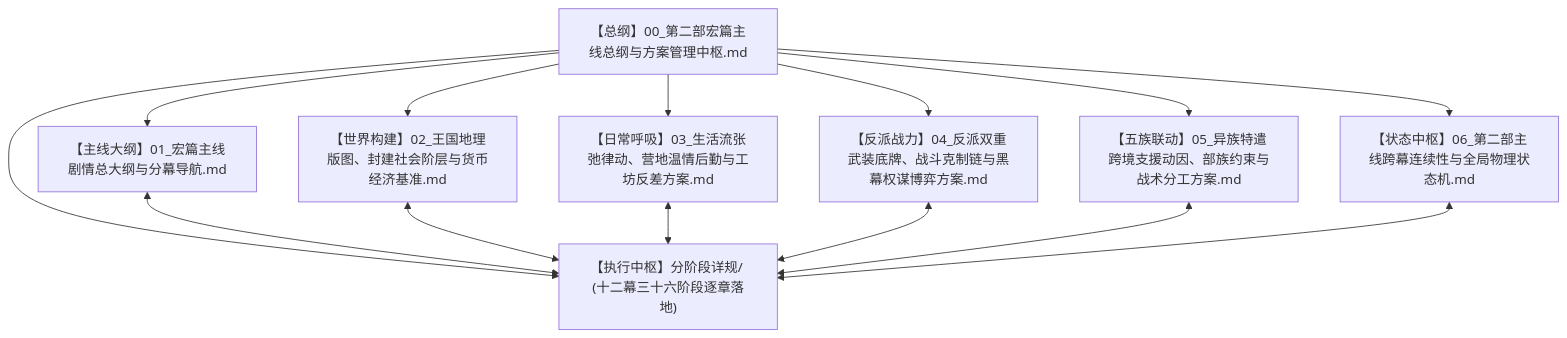
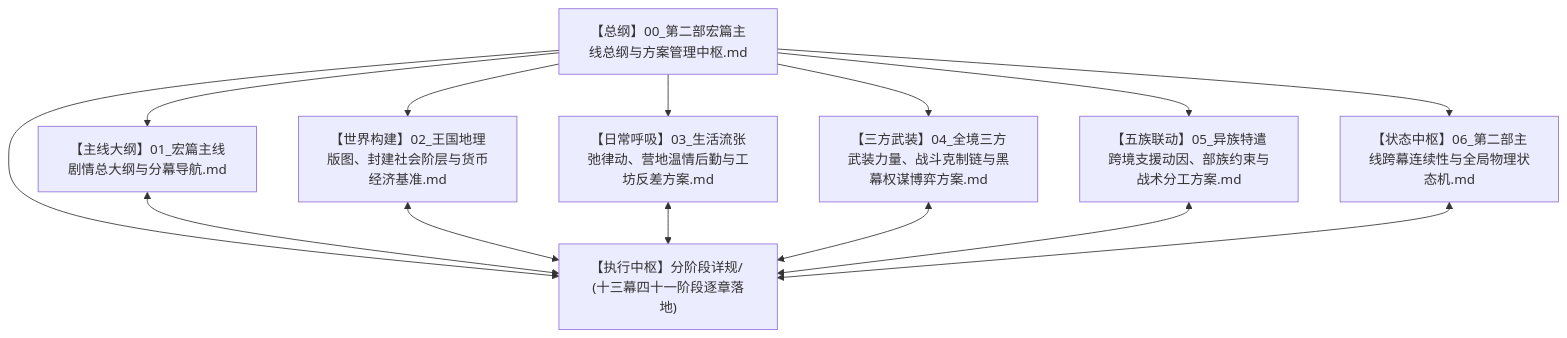
Before and after one commit to soranokiseki1437/eldoria-worldbook: the first of 5 diagrams in 方案/第二部/主线与世界扩充方案/00_第二部宏篇主线总纲与方案管理中枢.md, drawn with Mermaid. The commit also changed other lines of this file and 157 other files, not shown here.

````diff
--- a/方案/第二部/主线与世界扩充方案/00_第二部宏篇主线总纲与方案管理中枢.md
+++ b/方案/第二部/主线与世界扩充方案/00_第二部宏篇主线总纲与方案管理中枢.md
@@ -13,28 +13,28 @@
 ```mermaid
 graph TD
     Root["【总纲】00_第二部宏篇主线总纲与方案管理中枢.md"]
     
     Sub1["【主线大纲】01_宏篇主线剧情总大纲与分幕导航.md"]
     Sub2["【世界构建】02_王国地理版图、封建社会阶层与货币经济基准.md"]
     Sub3["【日常呼吸】03_生活流张弛律动、营地温情后勤与工坊反差方案.md"]
-    Sub4["【反派战力】04_反派双重武装底牌、战斗克制链与黑幕权谋博弈方案.md"]
+    Sub4["【三方武装】04_全境三方武装力量、战斗克制链与黑幕权谋博弈方案.md"]
     Sub5["【五族联动】05_异族特遣跨境支援动因、部族约束与战术分工方案.md"]
     Sub6["【状态中枢】06_第二部主线跨幕连续性与全局物理状态机.md"]
     
-    Stages["【执行中枢】分阶段详规/ (十二幕三十六阶段逐章落地)"]
+    Stages["【执行中枢】分阶段详规/ (十三幕四十一阶段逐章落地)"]
 
     Root --> Sub1
     Root --> Sub2
     Root --> Sub3
     Root --> Sub4
     Root --> Sub5
     Root --> Sub6
     Root --> Stages
 
     Sub1 <--> Stages
     Sub2 <--> Stages
     Sub3 <--> Stages
     Sub4 <--> Stages
     Sub5 <--> Stages
     Sub6 <--> Stages
 ```
````
